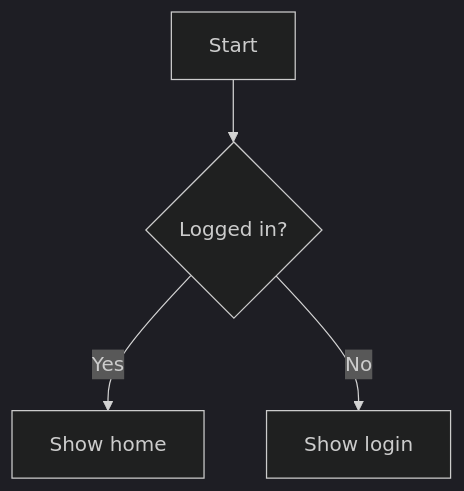
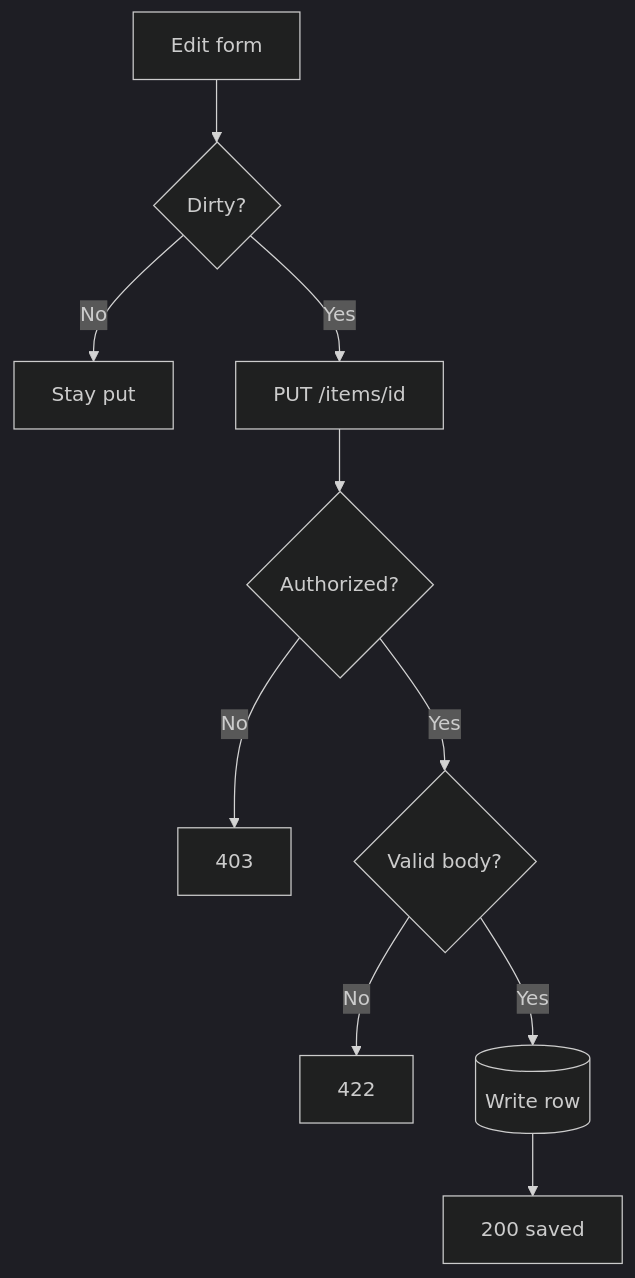
The first of 3 diagrams in README.md (ralf-al/flowchart-md), drawn with Mermaid (dark theme) before and after one commit. The commit also changed other lines of this file and 2 other files, not shown here.

````diff
--- a/README.md
+++ b/README.md
@@ -56,6 +102,12 @@
 ```mermaid
 graph TD
-  A[Start] --> B{Logged in?}
-  B -->|Yes| C[Show home]
-  B -->|No| D[Show login]
+  A[Edit form] --> B{Dirty?}
+  B -->|No| C[Stay put]
+  B -->|Yes| D[PUT /items/id]
+  D --> E{Authorized?}
+  E -->|No| F[403]
+  E -->|Yes| G{Valid body?}
+  G -->|No| H[422]
+  G -->|Yes| I[(Write row)]
+  I --> J[200 saved]
 ```
````
